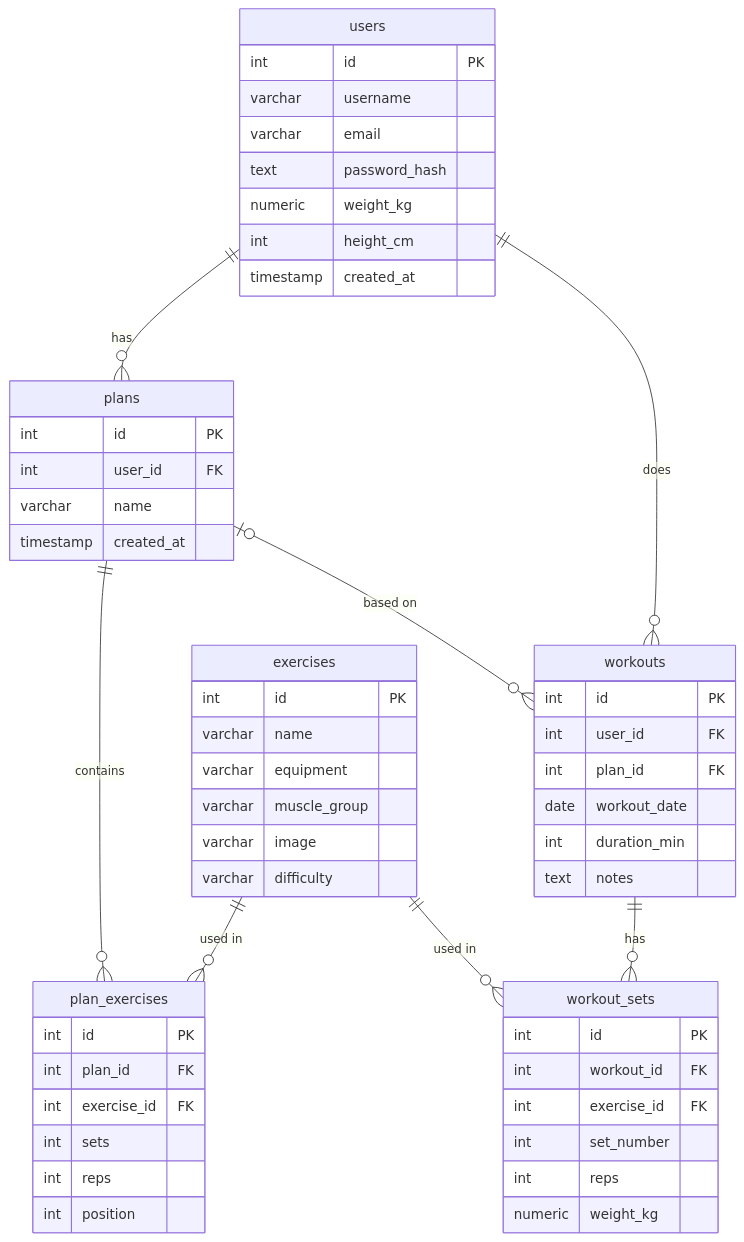
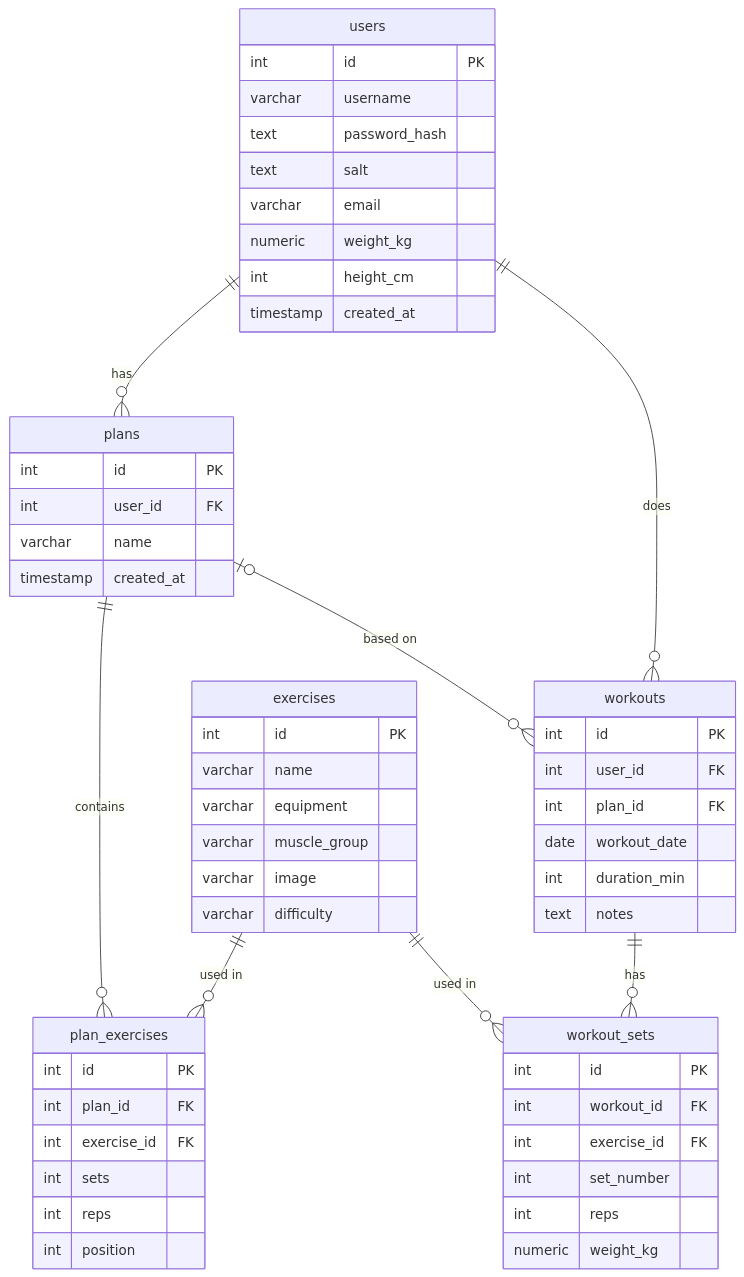
The diagram in docs/database.md (JacobPlusPlus/gym-app), drawn with Mermaid before and after one commit. The commit also changed other lines of this file and 4 other files, not shown here.

````diff
--- a/docs/database.md
+++ b/docs/database.md
@@ -98,58 +104,59 @@
 ```mermaid
 erDiagram
     users ||--o{ plans : "has"
     users ||--o{ workouts : "does"
     plans ||--o{ plan_exercises : "contains"
     exercises ||--o{ plan_exercises : "used in"
     plans |o--o{ workouts : "based on"
     workouts ||--o{ workout_sets : "has"
     exercises ||--o{ workout_sets : "used in"
 
     users {
         int id PK
         varchar username
+        text password_hash
+        text salt
         varchar email
-        text password_hash
         numeric weight_kg
         int height_cm
         timestamp created_at
     }
     exercises {
         int id PK
         varchar name
         varchar equipment
         varchar muscle_group
         varchar image
         varchar difficulty
     }
     plans {
         int id PK
         int user_id FK
         varchar name
         timestamp created_at
     }
     plan_exercises {
         int id PK
         int plan_id FK
         int exercise_id FK
         int sets
         int reps
         int position
     }
     workouts {
         int id PK
         int user_id FK
         int plan_id FK
         date workout_date
         int duration_min
         text notes
     }
     workout_sets {
         int id PK
         int workout_id FK
         int exercise_id FK
         int set_number
         int reps
         numeric weight_kg
     }
 ```
````
